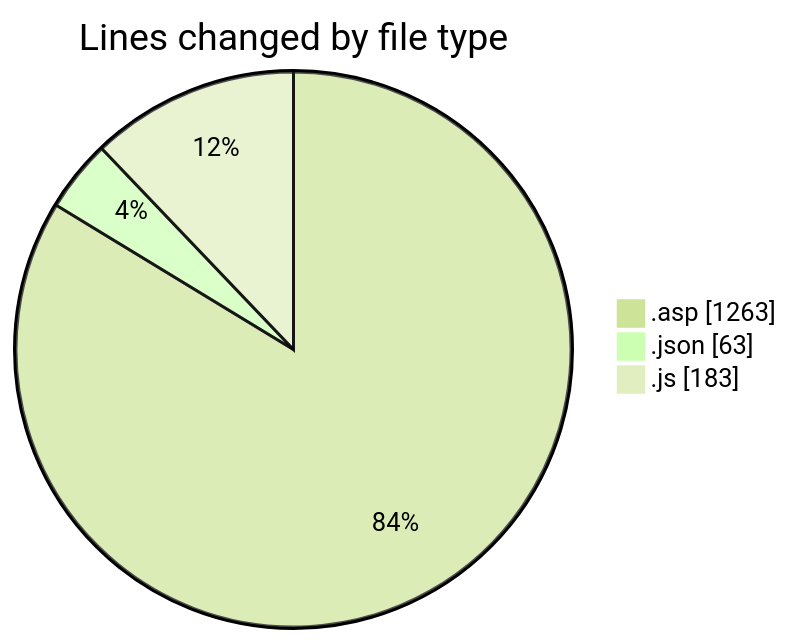
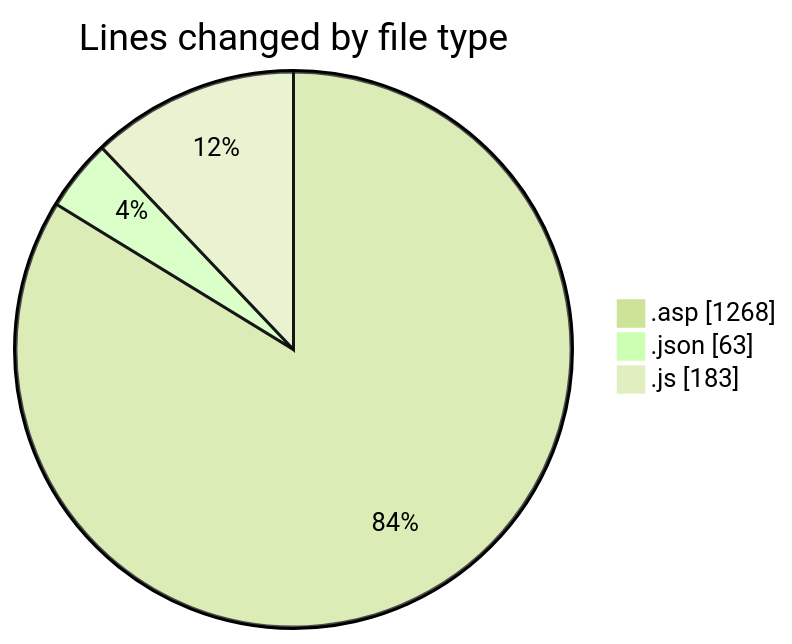
One commit to julien-gomy/code-tracking changed the first of 2 diagrams in 2025-10-20/usr_aleoudev_fr__workspace_/README.md. Above: the diagram before and after it, drawn with Mermaid (forest theme). The commit also changed other lines of this file and 1 other file, not shown here.

````diff
--- a/2025-10-20/usr_aleoudev_fr__workspace_/README.md
+++ b/2025-10-20/usr_aleoudev_fr__workspace_/README.md
@@ -24,7 +24,7 @@
 ```mermaid
 pie showData
 title Lines changed by file type
-".asp" : 1263
+".asp" : 1268
 ".json" : 63
 ".js" : 183
 ```
````
